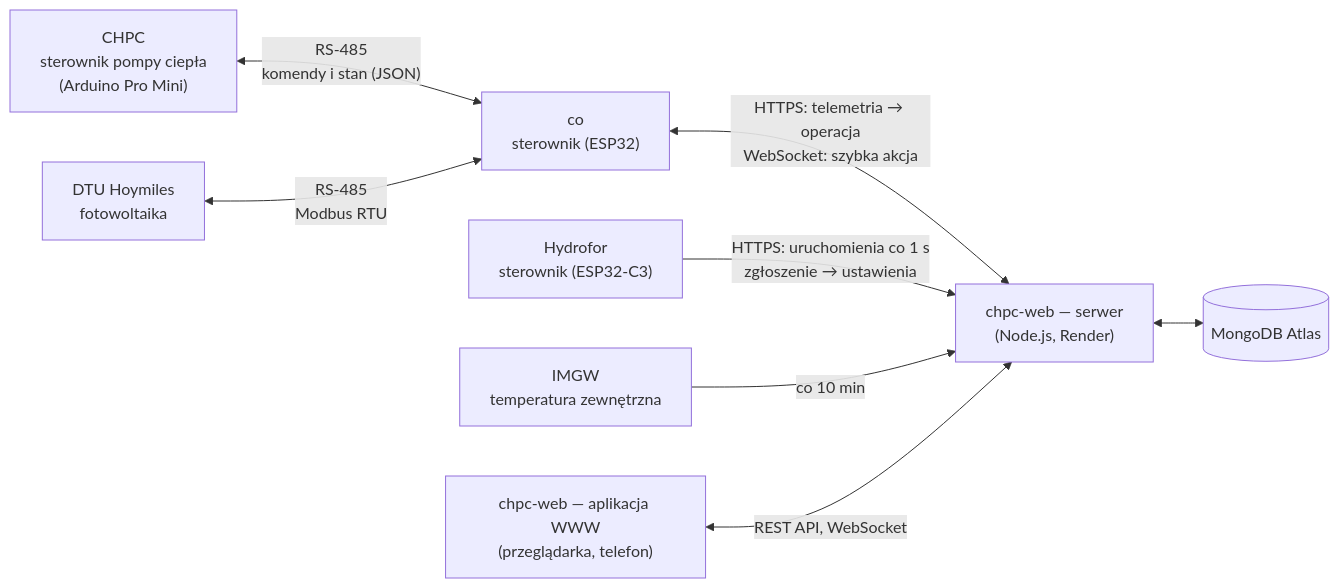
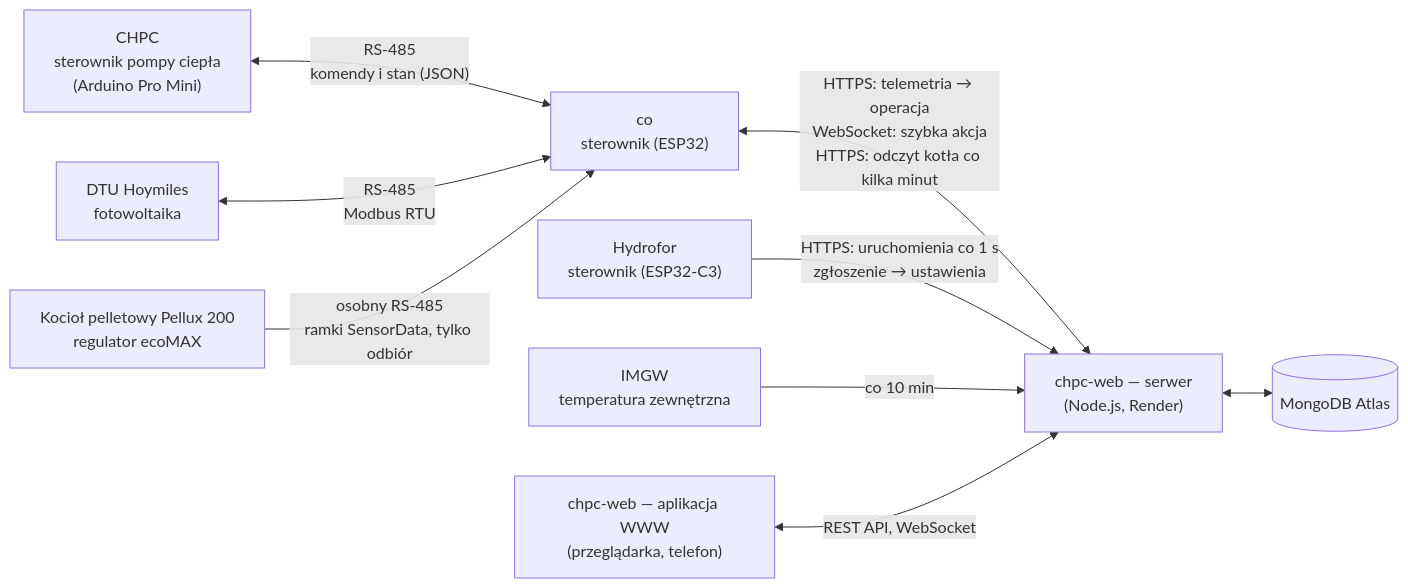
Before and after one commit to robertorlowski/chpc-web: the diagram in docs/README.md, drawn with Mermaid. The commit also changed other lines of this file and 78 other files, not shown here.

First line of the commit message:
Piec pelletowy Pellux 200: rola sterownika co, moduł serwera i klienta, dokumentacja

````diff
--- a/docs/README.md
+++ b/docs/README.md
@@ -15,19 +16,21 @@
 ```mermaid
 flowchart LR
     CHPC["CHPC<br/>sterownik pompy ciepła<br/>(Arduino Pro Mini)"]
     DTU["DTU Hoymiles<br/>fotowoltaika"]
     CO["co<br/>sterownik (ESP32)"]
+    ECO["Kocioł pelletowy Pellux 200<br/>regulator ecoMAX"]
     HYD["Hydrofor<br/>sterownik (ESP32-C3)"]
     SRV["chpc-web — serwer<br/>(Node.js, Render)"]
     DB[("MongoDB Atlas")]
     WEB["chpc-web — aplikacja WWW<br/>(przeglądarka, telefon)"]
     IMGW["IMGW<br/>temperatura zewnętrzna"]
 
     CHPC <-- "RS-485<br/>komendy i stan (JSON)" --> CO
     DTU <-- "RS-485<br/>Modbus RTU" --> CO
-    CO <-- "HTTPS: telemetria → operacja<br/>WebSocket: szybka akcja" --> SRV
+    ECO -- "osobny RS-485<br/>ramki SensorData, tylko odbiór" --> CO
+    CO <-- "HTTPS: telemetria → operacja<br/>WebSocket: szybka akcja<br/>HTTPS: odczyt kotła co kilka minut" --> SRV
     HYD -- "HTTPS: uruchomienia co 1 s<br/>zgłoszenie → ustawienia" --> SRV
     IMGW -- "co 10 min" --> SRV
     SRV <--> DB
     WEB <-- "REST API, WebSocket" --> SRV
 ```
````
